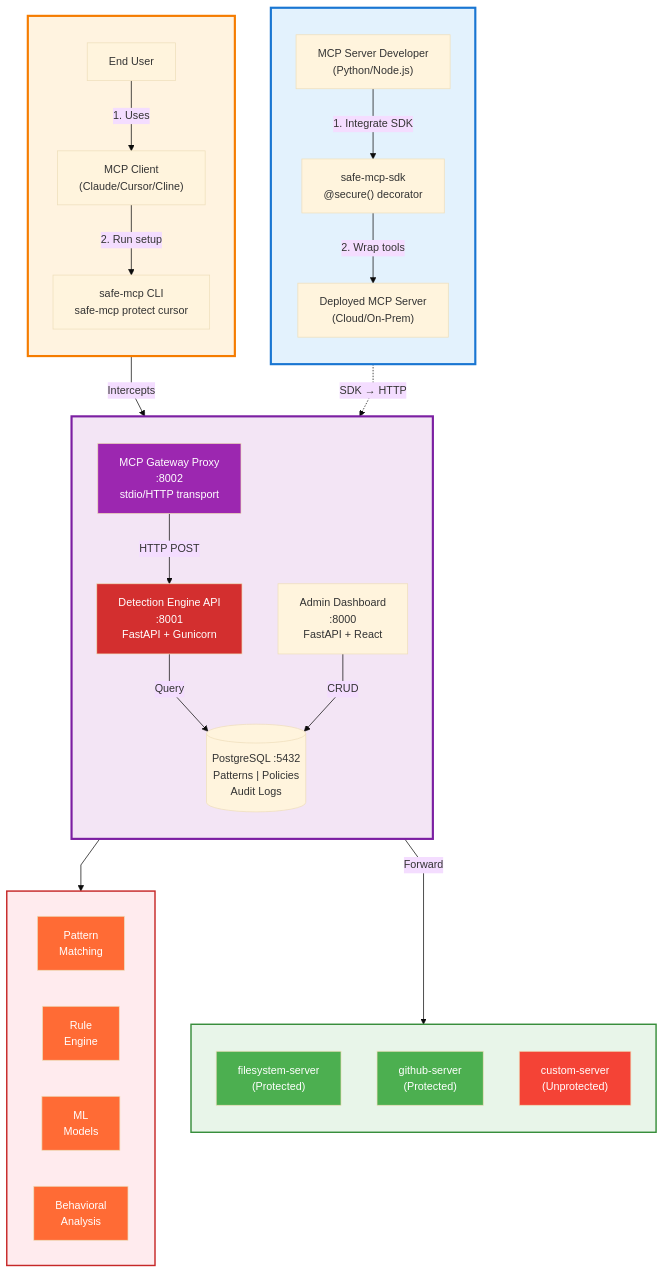
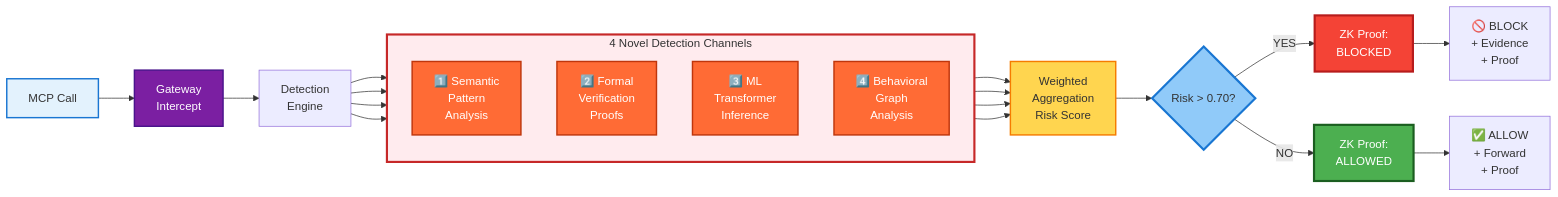
One commit to safe-mcp-platform/safe-mcp-platform changed the second of 4 diagrams in README.md. Above: the diagram before and after it, drawn with Mermaid. The commit also changed other lines of this file and 90 other files, not shown here.

First line of the commit message:
feat: implement novel 4-channel detection architecture for MCP security

````diff
--- a/README.md
+++ b/README.md
@@ -142,68 +99,38 @@
 ```mermaid
-%%{init: {'theme':'base', 'themeVariables': {'fontSize':'15px'}, 'flowchart':{'curve':'linear'}}}%%
-flowchart TD
-    subgraph DEV_FLOW[" "]
+flowchart LR
+    START["MCP Call"] --> GATEWAY["Gateway<br/>Intercept"]
+    
+    GATEWAY --> DETECT["Detection<br/>Engine"]
+    
+    subgraph CHANNELS["4 Novel Detection Channels"]
         direction TB
-        DEV["MCP Server Developer<br/>(Python/Node.js)"]
-        SDK["safe-mcp-sdk<br/>@secure() decorator"]
-        DEPLOY["Deployed MCP Server<br/>(Cloud/On-Prem)"]
-        DEV -->|"1. Integrate SDK"| SDK
-        SDK -->|"2. Wrap tools"| DEPLOY
+        C1["1️⃣ Semantic<br/>Pattern<br/>Analysis"]
+        C2["2️⃣ Formal<br/>Verification<br/>Proofs"]
+        C3["3️⃣ ML<br/>Transformer<br/>Inference"]
+        C4["4️⃣ Behavioral<br/>Graph<br/>Analysis"]
     end
     
-    subgraph USER_FLOW[" "]
-        direction TB
-        USER["End User"]
-        CLIENT["MCP Client<br/>(Claude/Cursor/Cline)"]
-        INIT["safe-mcp CLI<br/>safe-mcp protect cursor"]
-        USER -->|"1. Uses"| CLIENT
-        CLIENT -->|"2. Run setup"| INIT
-    end
+    DETECT --> C1 & C2 & C3 & C4
     
-    subgraph CORE[" "]
-        direction TB
-        GATEWAY["MCP Gateway Proxy<br/>:8002<br/>stdio/HTTP transport"]
-        DETECT["Detection Engine API<br/>:8001<br/>FastAPI + Gunicorn"]
-        ADMIN["Admin Dashboard<br/>:8000<br/>FastAPI + React"]
-        DB[("PostgreSQL :5432<br/>Patterns | Policies<br/>Audit Logs")]
-        
-        GATEWAY -->|"HTTP POST"| DETECT
-        DETECT -->|"Query"| DB
-        ADMIN -->|"CRUD"| DB
-    end
+    C1 & C2 & C3 & C4 --> AGG["Weighted<br/>Aggregation<br/>Risk Score"]
     
-    subgraph SCREENING[" "]
-        direction LR
-        P["Pattern<br/>Matching"]
-        R["Rule<br/>Engine"]
-        M["ML<br/>Models"]
-        B["Behavioral<br/>Analysis"]
-    end
+    AGG --> DECISION{"Risk > 0.70?"}
     
-    subgraph SERVERS[" "]
-        direction TB
-        S1["filesystem-server<br/>(Protected)"]
-        S2["github-server<br/>(Protected)"]
-        S3["custom-server<br/>(Unprotected)"]
-    end
+    DECISION -->|YES| ZK_BLOCK["ZK Proof:<br/>BLOCKED"]
+    DECISION -->|NO| ZK_ALLOW["ZK Proof:<br/>ALLOWED"]
     
-    DEPLOY -.->|"SDK → HTTP"| GATEWAY
-    INIT -->|"Intercepts"| GATEWAY
-    DETECT --> SCREENING
-    GATEWAY -->|"Forward"| SERVERS
+    ZK_BLOCK --> RESULT_BLOCK["🚫 BLOCK<br/>+ Evidence<br/>+ Proof"]
+    ZK_ALLOW --> RESULT_ALLOW["✅ ALLOW<br/>+ Forward<br/>+ Proof"]
     
-    style DEV_FLOW fill:#e3f2fd,stroke:#1976d2,stroke-width:3px
-    style USER_FLOW fill:#fff3e0,stroke:#f57c00,stroke-width:3px
-    style CORE fill:#f3e5f5,stroke:#7b1fa2,stroke-width:3px
-    style SCREENING fill:#ffebee,stroke:#c62828,stroke-width:2px
-    style SERVERS fill:#e8f5e9,stroke:#388e3c,stroke-width:2px
-    style GATEWAY fill:#9c27b0,color:#fff
-    style DETECT fill:#d32f2f,color:#fff
-    style P fill:#ff6b35,color:#fff
-    style R fill:#ff6b35,color:#fff
-    style M fill:#ff6b35,color:#fff
-    style B fill:#ff6b35,color:#fff
-    style S1 fill:#4caf50,color:#fff
-    style S2 fill:#4caf50,color:#fff
-    style S3 fill:#f44336,color:#fff
+    style START fill:#e3f2fd,stroke:#1976d2,stroke-width:2px
+    style GATEWAY fill:#7b1fa2,color:#fff,stroke:#4a148c,stroke-width:2px
+    style CHANNELS fill:#ffebee,stroke:#c62828,stroke-width:3px
+    style C1 fill:#ff6b35,color:#fff,stroke:#bf360c,stroke-width:2px
+    style C2 fill:#ff6b35,color:#fff,stroke:#bf360c,stroke-width:2px
+    style C3 fill:#ff6b35,color:#fff,stroke:#bf360c,stroke-width:2px
+    style C4 fill:#ff6b35,color:#fff,stroke:#bf360c,stroke-width:2px
+    style AGG fill:#ffd54f,stroke:#f57c00,stroke-width:2px
+    style DECISION fill:#90caf9,stroke:#1976d2,stroke-width:3px
+    style ZK_BLOCK fill:#f44336,color:#fff,stroke:#b71c1c,stroke-width:3px
+    style ZK_ALLOW fill:#4caf50,color:#fff,stroke:#1b5e20,stroke-width:3px
 ```
````
